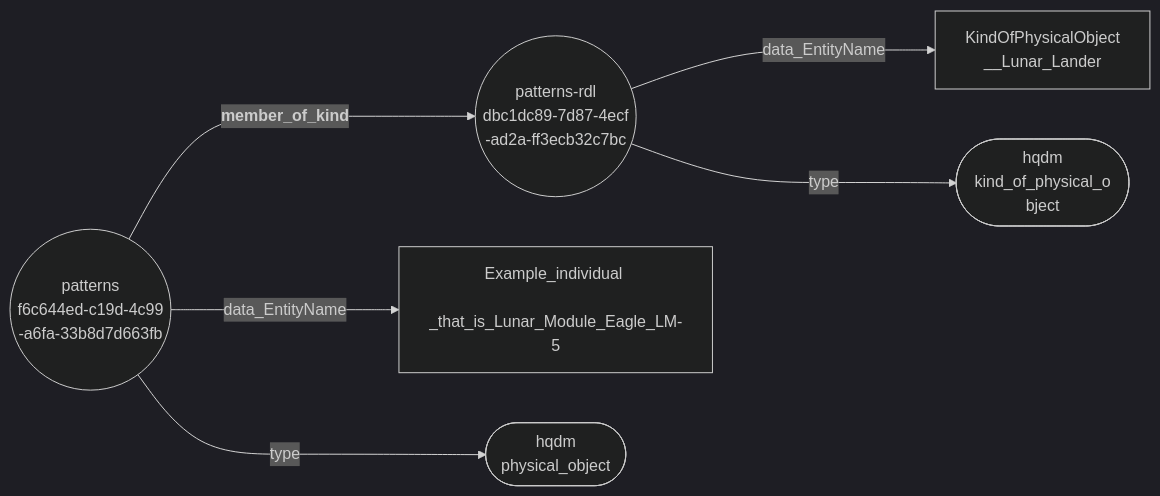
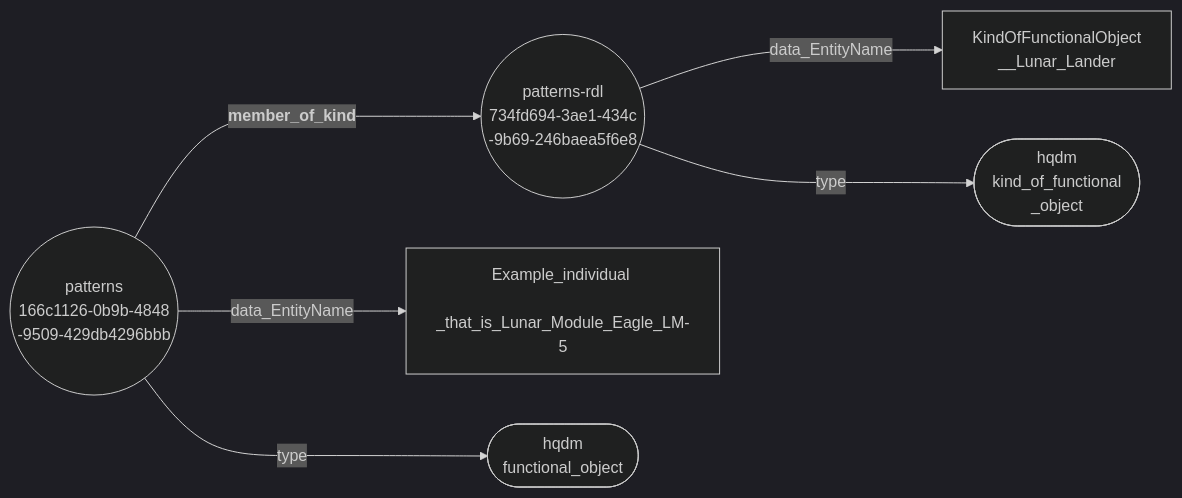
The diagram in docs/extras/example-files/member_of_kindNodeEdgeGraph.mermaid (ClimbingAl/HqdmPatterns), drawn with Mermaid (dark theme) before and after one commit. The commit also changed 53 other files, not shown here.

````diff
--- a/docs/extras/example-files/member_of_kindNodeEdgeGraph.mermaid
+++ b/docs/extras/example-files/member_of_kindNodeEdgeGraph.mermaid
@@ -1,8 +1,8 @@
 ``` mermaid
 graph LR
-  f6c644ed-c19d-4c99-a6fa-33b8d7d663fb(("patterns <br> f6c644ed-c19d-4c99 <br> -a6fa-33b8d7d663fb"))--->|"<b> member_of_kind"|dbc1dc89-7d87-4ecf-ad2a-ff3ecb32c7bc(("patterns-rdl <br> dbc1dc89-7d87-4ecf <br> -ad2a-ff3ecb32c7bc"));
-  f6c644ed-c19d-4c99-a6fa-33b8d7d663fb(("patterns <br> f6c644ed-c19d-4c99 <br> -a6fa-33b8d7d663fb"))--->|"data_EntityName"|Example_individual_that_is_Lunar_Module_Eagle_LM-5["Example_individual <br> _that_is_Lunar_Module_Eagle_LM-5"];
-  f6c644ed-c19d-4c99-a6fa-33b8d7d663fb(("patterns <br> f6c644ed-c19d-4c99 <br> -a6fa-33b8d7d663fb"))--->|"type"|physical_object(["hqdm <br> physical_object"]);
-  dbc1dc89-7d87-4ecf-ad2a-ff3ecb32c7bc(("patterns-rdl <br> dbc1dc89-7d87-4ecf <br> -ad2a-ff3ecb32c7bc"))--->|"data_EntityName"|KindOfPhysicalObject__Lunar_Lander["KindOfPhysicalObject <br> __Lunar_Lander"];
-  dbc1dc89-7d87-4ecf-ad2a-ff3ecb32c7bc(("patterns-rdl <br> dbc1dc89-7d87-4ecf <br> -ad2a-ff3ecb32c7bc"))--->|"type"|kind_of_physical_object(["hqdm <br> kind_of_physical_o <br> bject"]);
+  166c1126-0b9b-4848-9509-429db4296bbb(("patterns <br> 166c1126-0b9b-4848 <br> -9509-429db4296bbb"))--->|"<b> member_of_kind"|734fd694-3ae1-434c-9b69-246baea5f6e8(("patterns-rdl <br> 734fd694-3ae1-434c <br> -9b69-246baea5f6e8"));
+  166c1126-0b9b-4848-9509-429db4296bbb(("patterns <br> 166c1126-0b9b-4848 <br> -9509-429db4296bbb"))--->|"data_EntityName"|Example_individual_that_is_Lunar_Module_Eagle_LM-5["Example_individual <br> _that_is_Lunar_Module_Eagle_LM-5"];
+  166c1126-0b9b-4848-9509-429db4296bbb(("patterns <br> 166c1126-0b9b-4848 <br> -9509-429db4296bbb"))--->|"type"|functional_object(["hqdm <br> functional_object"]);
+  734fd694-3ae1-434c-9b69-246baea5f6e8(("patterns-rdl <br> 734fd694-3ae1-434c <br> -9b69-246baea5f6e8"))--->|"data_EntityName"|KindOfFunctionalObject__Lunar_Lander["KindOfFunctionalObject <br> __Lunar_Lander"];
+  734fd694-3ae1-434c-9b69-246baea5f6e8(("patterns-rdl <br> 734fd694-3ae1-434c <br> -9b69-246baea5f6e8"))--->|"type"|kind_of_functional_object(["hqdm <br> kind_of_functional <br> _object"]);
 ```
````
